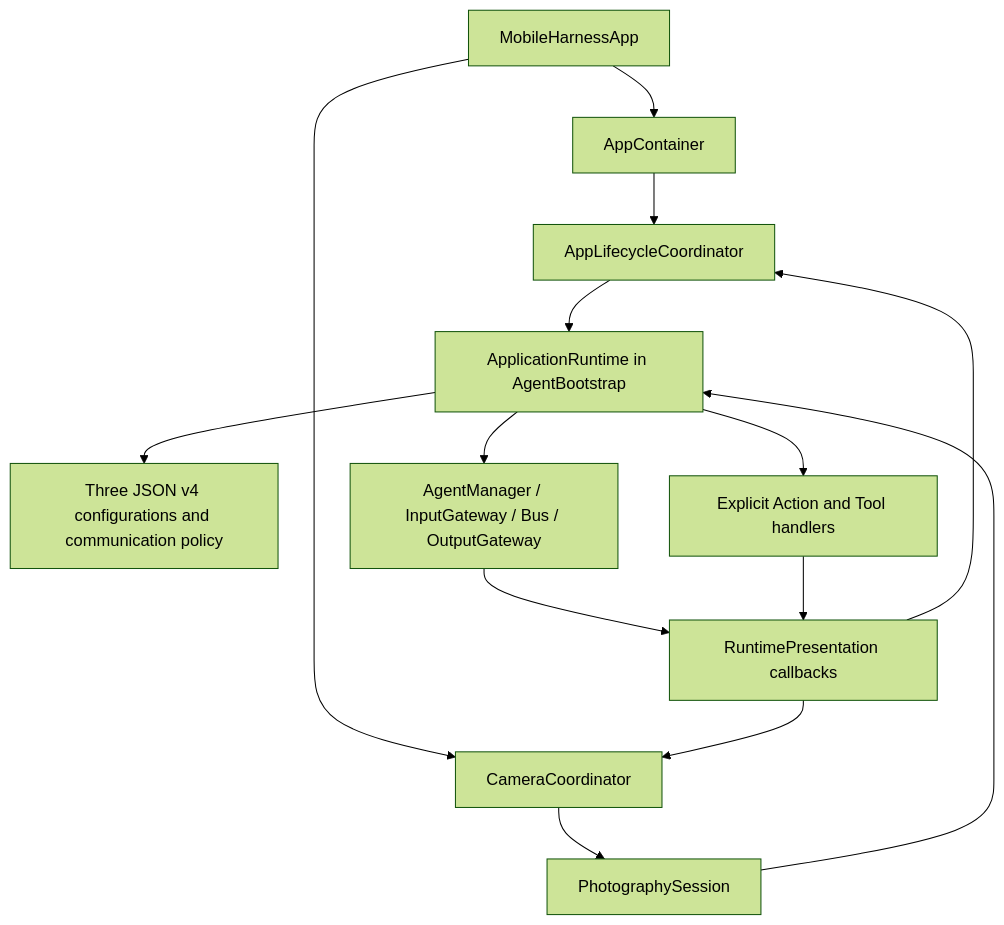
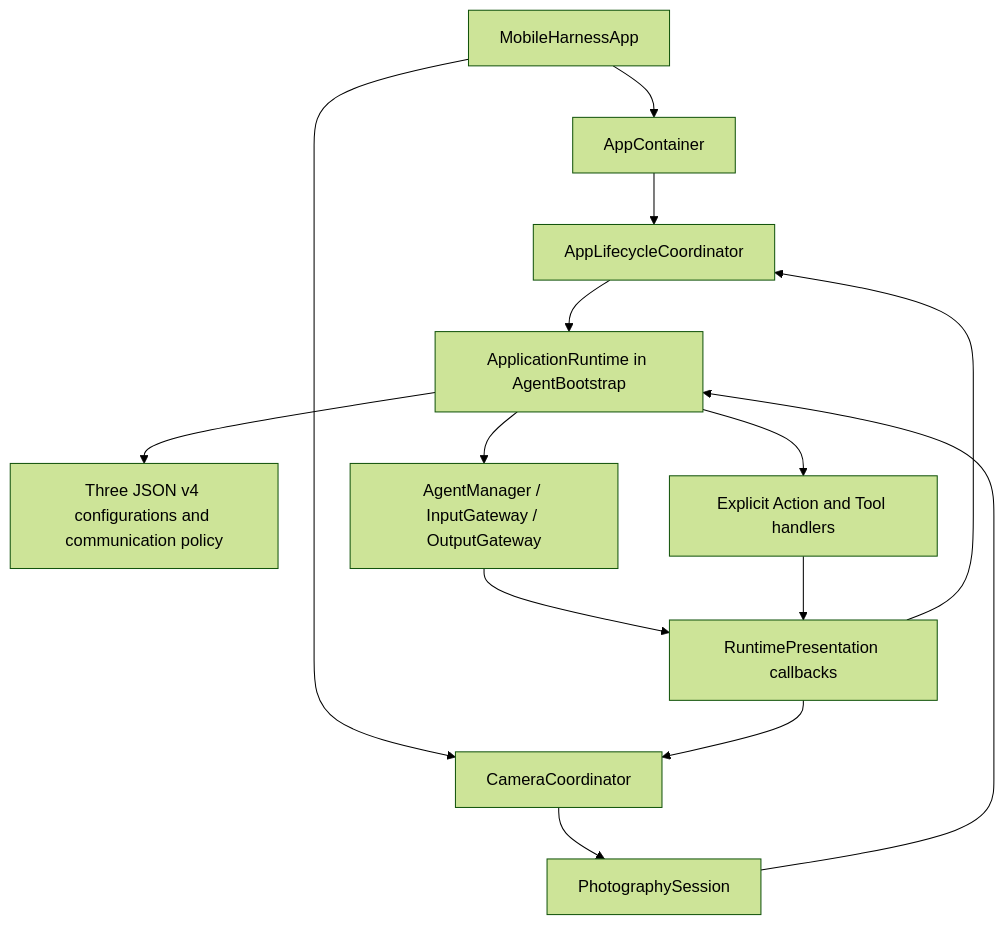
Before and after one commit to devilyouwei/MobileHarness: the second of 3 diagrams in MobileHarness/App/README.md, drawn with Mermaid (forest theme). The commit also changed other lines of this file and 40 other files, not shown here.

Commit message:
refactor: replace signal bus with direct gateway admission

````diff
--- a/MobileHarness/App/README.md
+++ b/MobileHarness/App/README.md
@@ -40,16 +40,16 @@
 ```mermaid
 flowchart TD
     Entry[MobileHarnessApp] --> Container[AppContainer]
     Entry --> Camera[CameraCoordinator]
     Container --> Voice[AppLifecycleCoordinator]
     Voice --> Shared[ApplicationRuntime in AgentBootstrap]
     Camera --> Session[PhotographySession]
     Session --> Shared
     Shared --> Policy[Three JSON v4 configurations and communication policy]
-    Shared --> Transport[AgentManager / InputGateway / Bus / OutputGateway]
+    Shared --> Transport[AgentManager / InputGateway / OutputGateway]
     Shared --> Handlers[Explicit Action and Tool handlers]
     Transport --> Presentation[RuntimePresentation callbacks]
     Handlers --> Presentation
     Presentation --> Voice
     Presentation --> Camera
 ```
````
